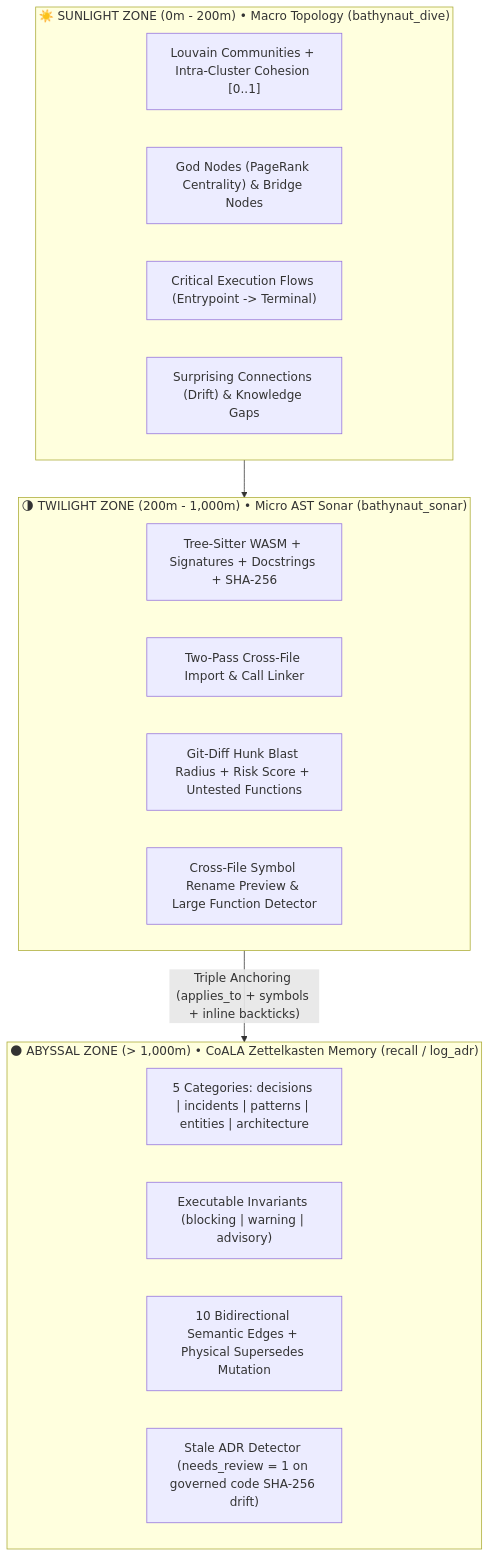
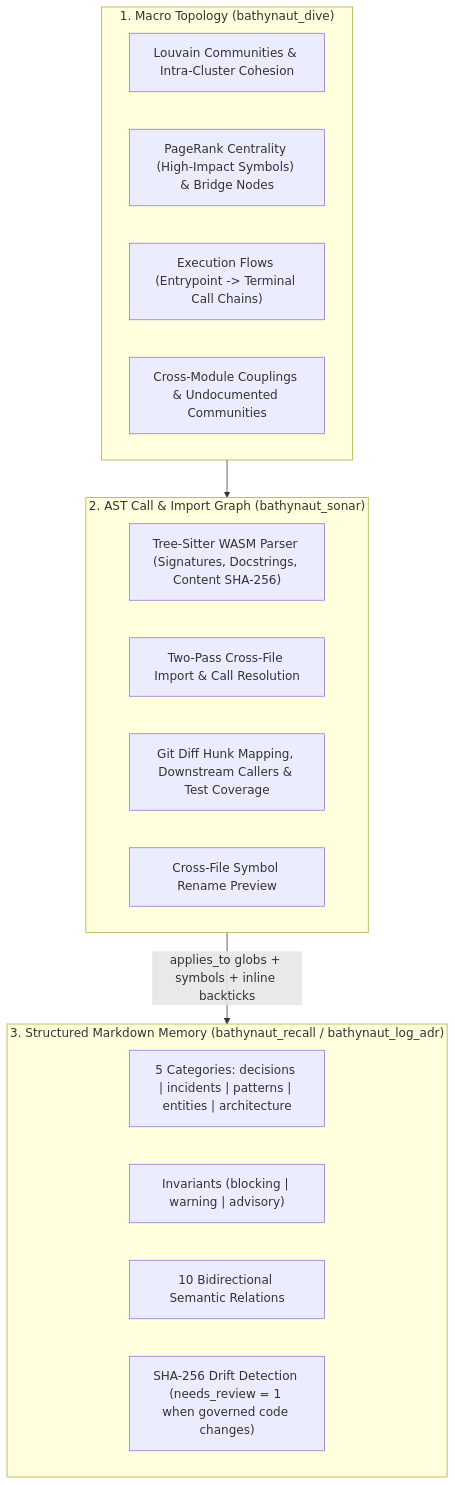
One commit to miguelarcjr/bathynaut changed the diagram in README.md. Above: the diagram before and after it, drawn with Mermaid. The commit also changed other lines of this file and 8 other files, not shown here.

````diff
--- a/README.md
+++ b/README.md
@@ -130,26 +110,26 @@
 ```mermaid
 flowchart TD
-    subgraph SUNLIGHT["☀️ SUNLIGHT ZONE (0m - 200m) • Macro Topology (bathynaut_dive)"]
-        C["Louvain Communities + Intra-Cluster Cohesion [0..1]"]
-        G["God Nodes (PageRank Centrality) & Bridge Nodes"]
-        F["Critical Execution Flows (Entrypoint -> Terminal)"]
-        D["Surprising Connections (Drift) & Knowledge Gaps"]
+    subgraph TOPOLOGY["1. Macro Topology (bathynaut_dive)"]
+        C["Louvain Communities & Intra-Cluster Cohesion"]
+        G["PageRank Centrality (High-Impact Symbols) & Bridge Nodes"]
+        F["Execution Flows (Entrypoint -> Terminal Call Chains)"]
+        D["Cross-Module Couplings & Undocumented Communities"]
     end
 
-    subgraph TWILIGHT["🌗 TWILIGHT ZONE (200m - 1,000m) • Micro AST Sonar (bathynaut_sonar)"]
-        AST["Tree-Sitter WASM + Signatures + Docstrings + SHA-256"]
-        LINK["Two-Pass Cross-File Import & Call Linker"]
-        BLAST["Git-Diff Hunk Blast Radius + Risk Score + Untested Functions"]
-        REF["Cross-File Symbol Rename Preview & Large Function Detector"]
+    subgraph AST_GRAPH["2. AST Call & Import Graph (bathynaut_sonar)"]
+        AST["Tree-Sitter WASM Parser (Signatures, Docstrings, Content SHA-256)"]
+        LINK["Two-Pass Cross-File Import & Call Resolution"]
+        BLAST["Git Diff Hunk Mapping, Downstream Callers & Test Coverage"]
+        REF["Cross-File Symbol Rename Preview"]
     end
 
-    subgraph ABYSSAL["🌑 ABYSSAL ZONE (> 1,000m) • CoALA Zettelkasten Memory (recall / log_adr)"]
-        COALA["5 Categories: decisions | incidents | patterns | entities | architecture"]
-        INV["Executable Invariants (blocking | warning | advisory)"]
-        EDGES["10 Bidirectional Semantic Edges + Physical Supersedes Mutation"]
-        STALE["Stale ADR Detector (needs_review = 1 on governed code SHA-256 drift)"]
+    subgraph MEMORY["3. Structured Markdown Memory (bathynaut_recall / bathynaut_log_adr)"]
+        CATS["5 Categories: decisions | incidents | patterns | entities | architecture"]
+        INV["Invariants (blocking | warning | advisory)"]
+        EDGES["10 Bidirectional Semantic Relations"]
+        STALE["SHA-256 Drift Detection (needs_review = 1 when governed code changes)"]
     end
 
-    SUNLIGHT --> TWILIGHT
-    TWILIGHT -->|"Triple Anchoring (applies_to + symbols + inline backticks)"| ABYSSAL
+    TOPOLOGY --> AST_GRAPH
+    AST_GRAPH -->|"applies_to globs + symbols + inline backticks"| MEMORY
 ```
````
